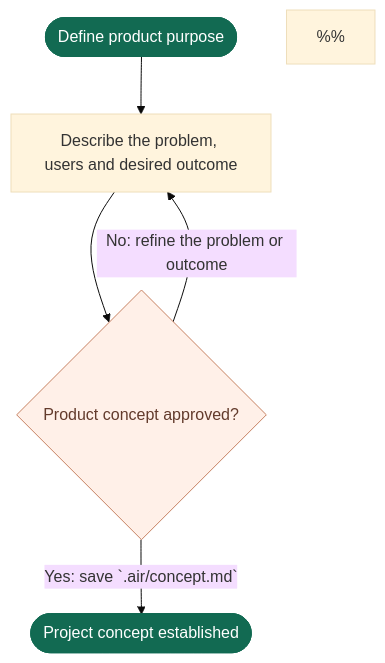
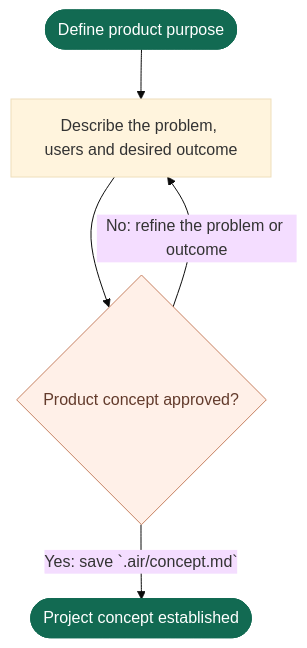
One commit to vanlangenlabs/vanlangenlabs-site changed the diagram in docs/airflow/flows/concept.mmd. Above: the diagram before and after it, drawn with Mermaid (base theme). The commit also changed 8 other files, not shown here.

```diff
--- a/docs/airflow/flows/concept.mmd
+++ b/docs/airflow/flows/concept.mmd
@@ -1,25 +1,25 @@
 flowchart TD
     start([Define product purpose]) --> concept[Describe the problem, users and desired outcome]
 %% @airflow-context concept
 %% Store only the stable product rationale in `.air/concept.md`: the problem,
 %% intended users, desired outcome, boundaries and success measures. Do not list
 %% all features here or introduce technical implementation choices.
-%%
+
 %% Record path: `.air/concept.md`.
 %% Record outline: Problem; Intended users; Desired outcome; Product boundaries and non-goals; Success measures; Decisions and evidence.
 %% Mutable statuses belong in the index. Example IDs and versions are placeholders.
 %% @end-airflow-context
     concept --> conceptApproval{Product concept approved?}
     conceptApproval -- No: refine the problem or outcome --> concept
     conceptApproval -- Yes: save `.air/concept.md` --> conceptReady([Project concept established])
 %% @airflow-context conceptApproval
 %% Save the draft before requesting approval.
 %% Obtain explicit human approval for the exact current file digest. Record the
 %% decision evidence in `.air/index.md` according to the global Approval
 %% evidence section. Revisit only when the product direction materially changes.
 %% @end-airflow-context
 
     classDef boundary fill:#126a52,color:#ffffff,stroke:#126a52
     classDef approval fill:#fff0e8,color:#633b2c,stroke:#c68162
     class start,conceptReady boundary
     class conceptApproval approval
```
